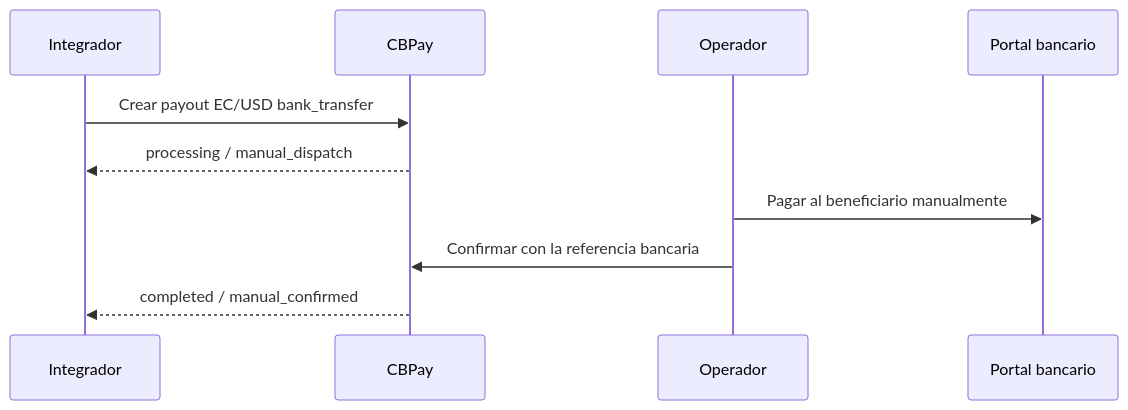
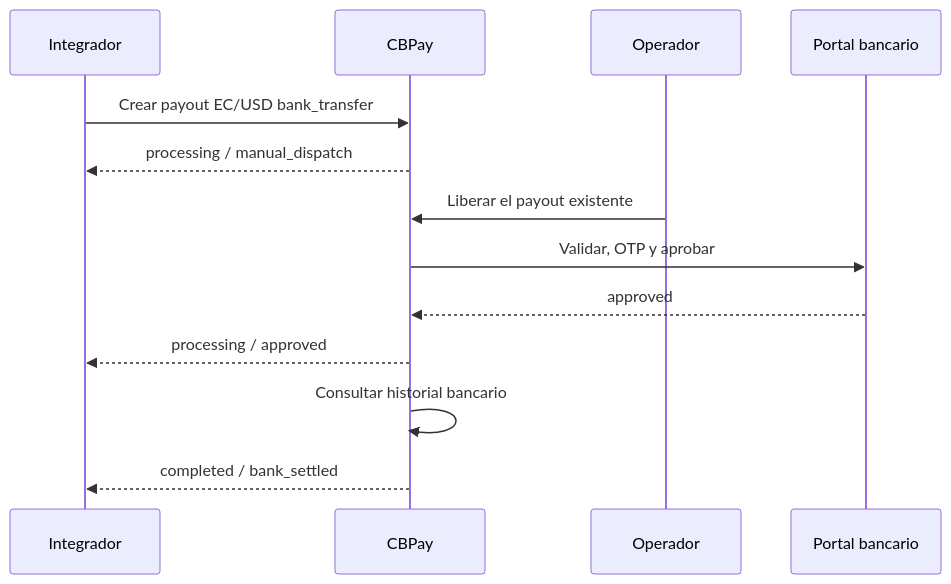
The diagram in es/guides/ecuador-manual-payouts.mdx (CBpayapp/cbpay-docs), drawn with Mermaid before and after one commit. The commit also changed other lines of this file and 35 other files, not shown here.

````diff
--- a/es/guides/ecuador-manual-payouts.mdx
+++ b/es/guides/ecuador-manual-payouts.mdx
@@ -30,12 +31,15 @@
 ```mermaid
 sequenceDiagram
   participant I as Integrador
   participant C as CBPay
   participant O as Operador
   participant B as Portal bancario
   I->>C: Crear payout EC/USD bank_transfer
   C-->>I: processing / manual_dispatch
-  O->>B: Pagar al beneficiario manualmente
-  O->>C: Confirmar con la referencia bancaria
-  C-->>I: completed / manual_confirmed
+  O->>C: Liberar el payout existente
+  C->>B: Validar, OTP y aprobar
+  B-->>C: approved
+  C-->>I: processing / approved
+  C->>C: Consultar historial bancario
+  C-->>I: completed / bank_settled
 ```
````
